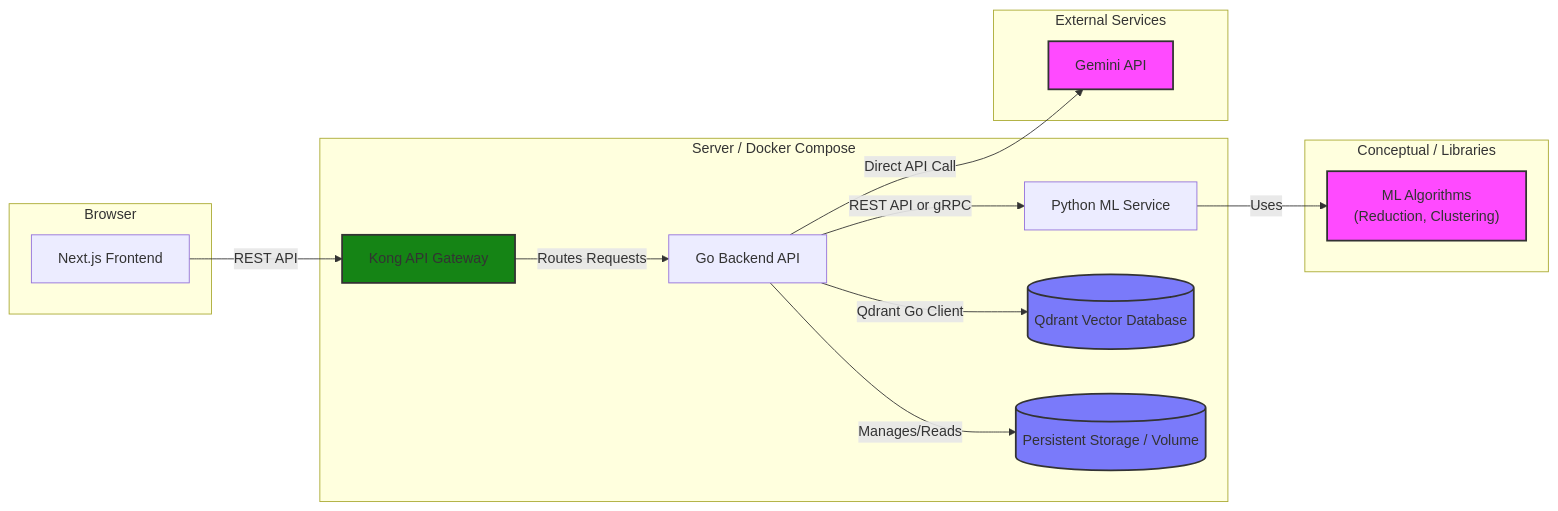
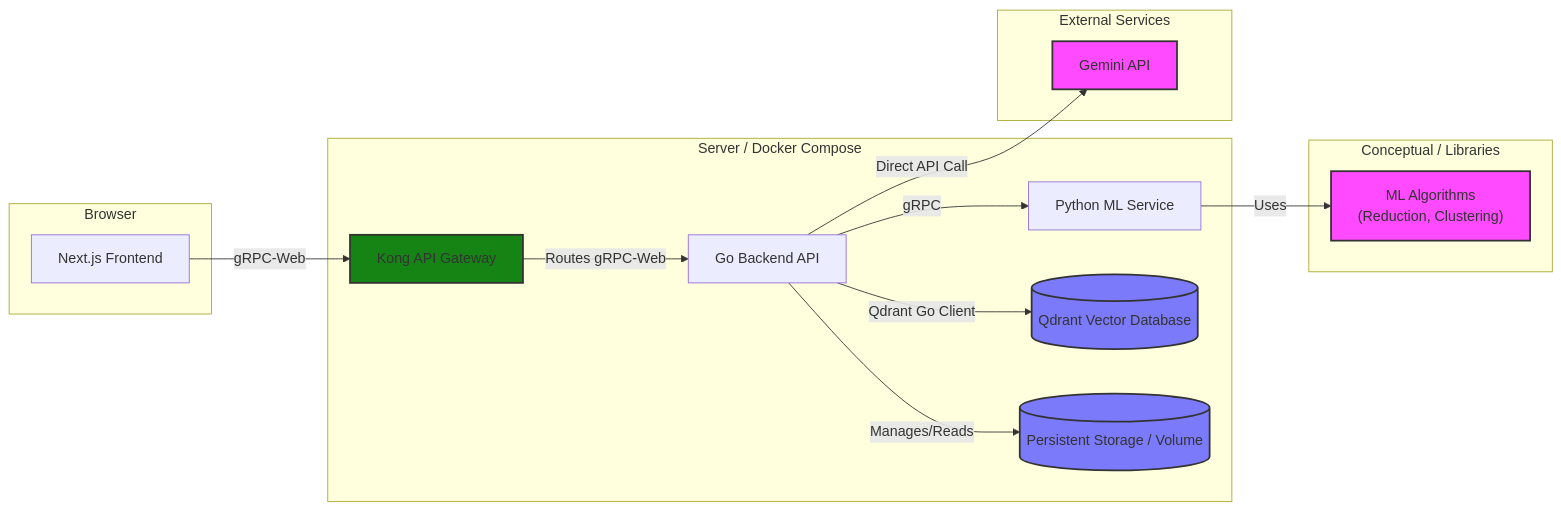
Before and after one commit to RanArino/demo: the diagram in docs/sys_architecture.md, drawn with Mermaid. The commit also changed other lines of this file, not shown here.

Commit message:
docs(sys_architecture): update system architecture to reflect gRPC integration for frontend and backend services

````diff
--- a/docs/sys_architecture.md
+++ b/docs/sys_architecture.md
@@ -12,37 +12,37 @@
 ```mermaid
 graph LR
     subgraph Browser
         Frontend[Next.js Frontend]
     end
 
     subgraph "Server / Docker Compose"
         Kong[Kong API Gateway]
         Backend[Go Backend API]
         MLService[Python ML Service]
         VectorDB[(Qdrant Vector Database)]
         Storage[(Persistent Storage / Volume)]
     end
 
     subgraph "External Services"
         Gemini[Gemini API]
     end
 
     subgraph "Conceptual / Libraries"
         style MLAlgorithms fill:#ff4aff,stroke:#333,stroke-width:2px
         MLAlgorithms["ML Algorithms<br/>(Reduction, Clustering)"]
     end
 
-    Frontend -- REST API --> Kong
-    Kong -- Routes Requests --> Backend
+    Frontend -- gRPC-Web --> Kong
+    Kong -- Routes gRPC-Web --> Backend
 
-    Backend -- REST API or gRPC --> MLService
+    Backend -- gRPC --> MLService
     Backend -- Qdrant Go Client --> VectorDB
     Backend -- Manages/Reads --> Storage
     Backend -- Direct API Call --> Gemini
     MLService -- Uses --> MLAlgorithms
 
     style Kong fill:#158415,stroke:#333,stroke-width:2px
     style VectorDB fill:#7a7afa,stroke:#333,stroke-width:2px
     style Storage fill:#7a7afa,stroke:#333,stroke-width:2px
     style Gemini fill:#ff4aff,stroke:#333,stroke-width:2px
 ```
````
